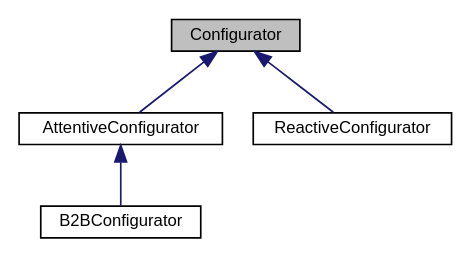
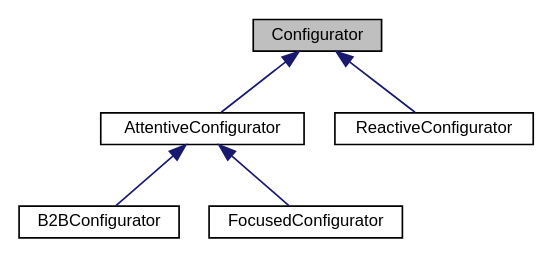
Before and after one commit to YangZhang-001/bratmobile: the diagram in classConfigurator__inherit__graph.dot, drawn with Graphviz. The commit also changed 81 other files, not shown here.

```diff
--- a/classConfigurator__inherit__graph.dot
+++ b/classConfigurator__inherit__graph.dot
@@ -1,13 +1,15 @@
 digraph "Configurator"
 {
  // LATEX_PDF_SIZE
   edge [fontname="Helvetica",fontsize="10",labelfontname="Helvetica",labelfontsize="10"];
   node [fontname="Helvetica",fontsize="10",shape=record];
   Node1 [label="Configurator",height=0.2,width=0.4,color="black", fillcolor="grey75", style="filled", fontcolor="black",tooltip=" "];
   Node1 -> Node2 [dir="back",color="midnightblue",fontsize="10",style="solid",fontname="Helvetica"];
   Node2 [label="AttentiveConfigurator",height=0.2,width=0.4,color="black", fillcolor="white", style="filled",URL="$classAttentiveConfigurator.html",tooltip="Configurator with long-range planning. It explores transitions out of a state until a DEFAULT Task is..."];
   Node2 -> Node3 [dir="back",color="midnightblue",fontsize="10",style="solid",fontname="Helvetica"];
   Node3 [label="B2BConfigurator",height=0.2,width=0.4,color="black", fillcolor="white", style="filled",URL="$classB2BConfigurator.html",tooltip="B2BConfigurator is a class that extends the AttentiveConfigurator to eliminate the Task splitting in ..."];
-  Node1 -> Node4 [dir="back",color="midnightblue",fontsize="10",style="solid",fontname="Helvetica"];
-  Node4 [label="ReactiveConfigurator",height=0.2,width=0.4,color="black", fillcolor="white", style="filled",URL="$classReactiveConfigurator.html",tooltip="Implements a Braitenberg vehicle: only simulates one Task at a time."];
+  Node2 -> Node4 [dir="back",color="midnightblue",fontsize="10",style="solid",fontname="Helvetica"];
+  Node4 [label="FocusedConfigurator",height=0.2,width=0.4,color="black", fillcolor="white", style="filled",URL="$classFocusedConfigurator.html",tooltip=" "];
+  Node1 -> Node5 [dir="back",color="midnightblue",fontsize="10",style="solid",fontname="Helvetica"];
+  Node5 [label="ReactiveConfigurator",height=0.2,width=0.4,color="black", fillcolor="white", style="filled",URL="$classReactiveConfigurator.html",tooltip="Implements a Braitenberg vehicle: only simulates one Task at a time."];
 }
```
